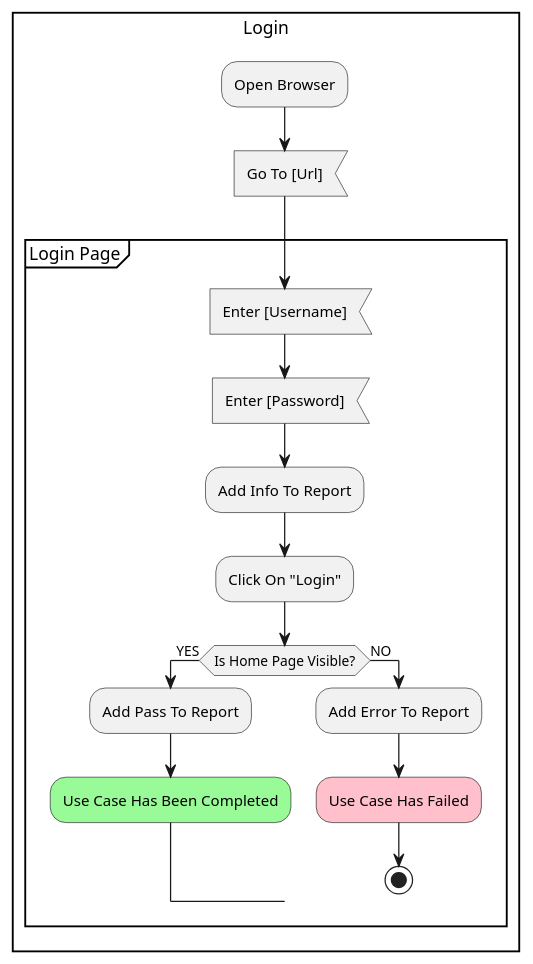
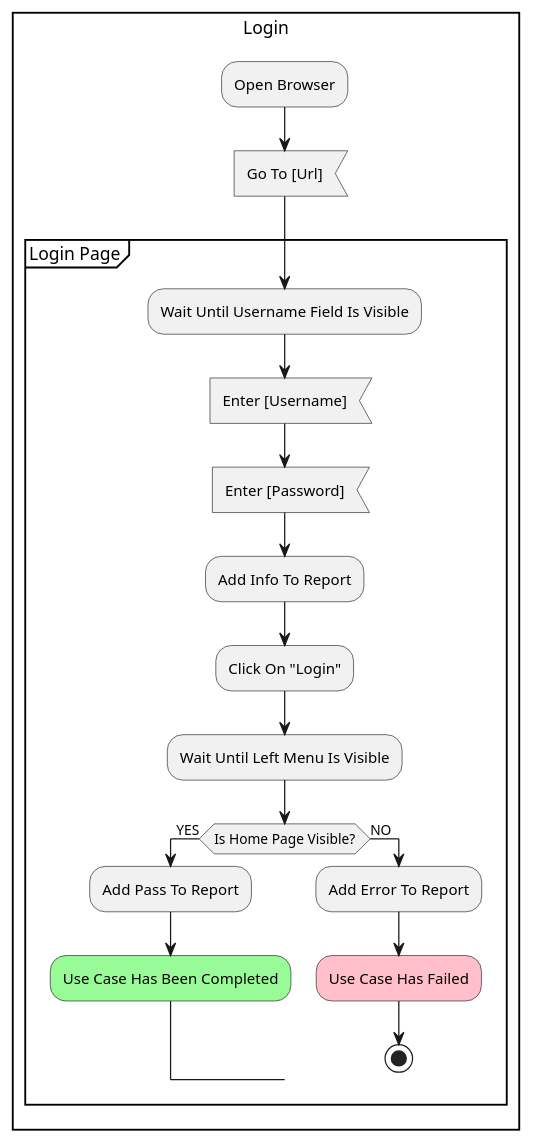
The diagram in infraestructure/docs/components/usecases/Login/e2e.puml (AngelGerardoMolinaValdez/web-selenium-python-robotframework-1), drawn with PlantUML before and after one commit. The commit also changed 4 other files, not shown here.

```diff
--- a/infraestructure/docs/components/usecases/Login/e2e.puml
+++ b/infraestructure/docs/components/usecases/Login/e2e.puml
@@ -1,20 +1,22 @@
 @startuml LOGIN_E2E
 rectangle "Login" {
     :Open Browser;
     :Go To [Url]; <<input>>
     partition "Login Page" {
+        :Wait Until Username Field Is Visible;
         :Enter [Username]; <<input>>
         :Enter [Password]; <<input>>
         :Add Info To Report;
         :Click On "Login";
+        :Wait Until Left Menu Is Visible;
         if (Is Home Page Visible?) then (YES)
             :Add Pass To Report;
             #palegreen:Use Case Has Been Completed;
         else (NO)
             :Add Error To Report;
             #pink:Use Case Has Failed;
             stop
         endif
     }
 }
 @enduml 
```
